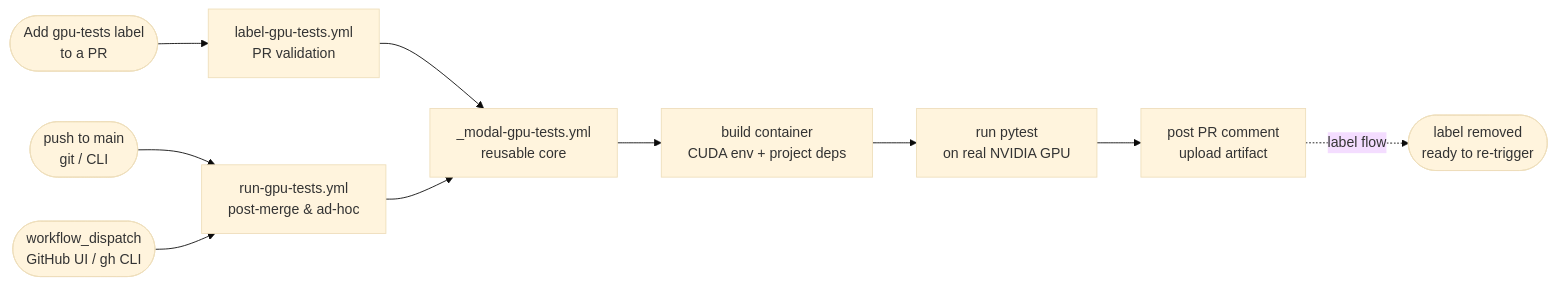
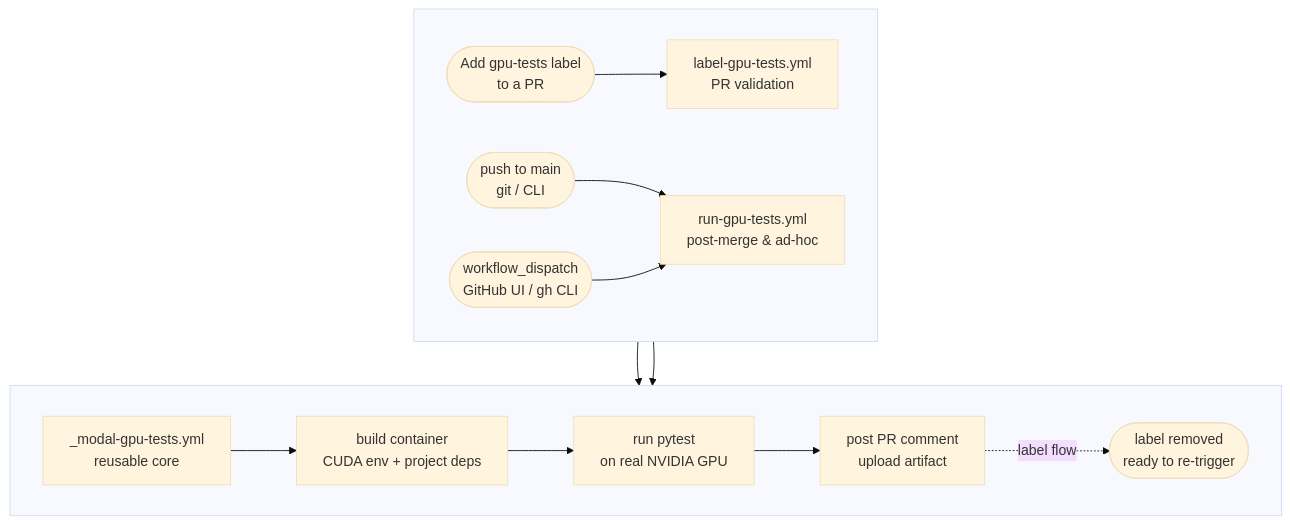
Before and after one commit to Borda/affordable-GPU-CI: the diagram in README.md, drawn with Mermaid (base theme).

Commit message:
update GPU workflow diagram with improved layout and clarity

````diff
--- a/README.md
+++ b/README.md
@@ -19,11 +19,17 @@
 ```mermaid
-flowchart LR
-    A([Add gpu-tests label\n to a PR]) --> B[label-gpu-tests.yml\n PR validation]
-    C([push to main\n git / CLI]) --> D[run-gpu-tests.yml\n post-merge & ad-hoc]
-    E([workflow_dispatch\n GitHub UI / gh CLI]) --> D
-    B & D --> F[_modal-gpu-tests.yml\n reusable core]
-    F --> G[build container\n CUDA env + project deps]
-    G --> H[run pytest\n on real NVIDIA GPU]
-    H --> I[post PR comment\n upload artifact]
-    I -.->|label flow| J([label removed\n ready to re-trigger])
+flowchart TB
+    subgraph triggers [" "]
+        direction LR
+        A([Add gpu-tests label\n to a PR]) --> B[label-gpu-tests.yml\n PR validation]
+        C([push to main\n git / CLI]) --> D[run-gpu-tests.yml\n post-merge & ad-hoc]
+        E([workflow_dispatch\n GitHub UI / gh CLI]) --> D
+    end
+    subgraph execution [" "]
+        direction LR
+        F[_modal-gpu-tests.yml\n reusable core] --> G[build container\n CUDA env + project deps]
+        G --> H[run pytest\n on real NVIDIA GPU]
+        H --> I[post PR comment\n upload artifact]
+        I -.->|label flow| J([label removed\n ready to re-trigger])
+    end
+    B & D --> F
 ```
````
